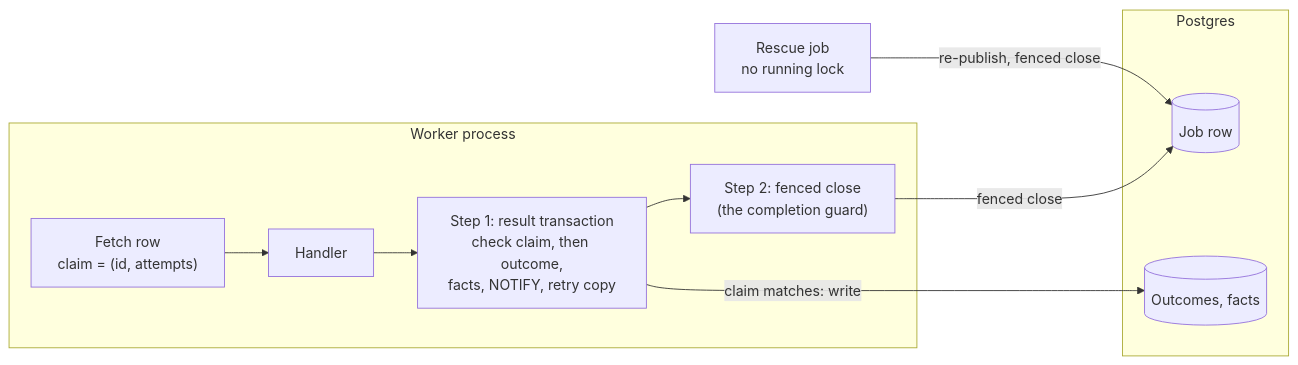
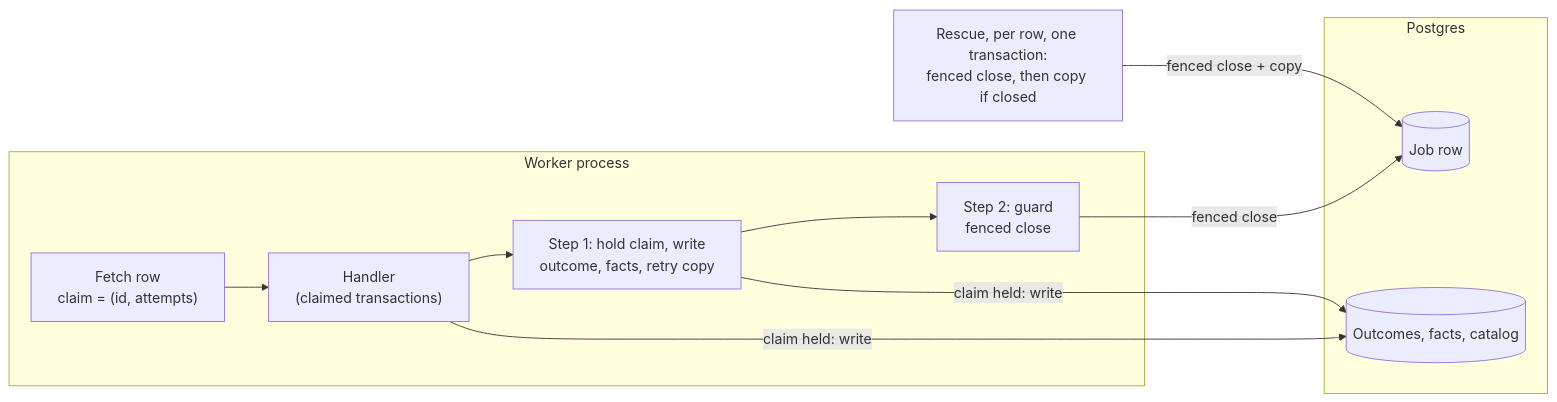
One commit to mcurcio/photo-wall changed the first of 4 diagrams in docs/central-delivery-fencing.md. Above: the diagram before and after it, drawn with Mermaid. The commit also changed other lines of this file, not shown here.

````diff
--- a/docs/central-delivery-fencing.md
+++ b/docs/central-delivery-fencing.md
@@ -33,16 +33,17 @@
 ```mermaid
 graph LR
   subgraph W["Worker process"]
-    fetch["Fetch row<br/>claim = (id, attempts)"] --> handler["Handler"]
-    handler --> s1["Step 1: result transaction<br/>check claim, then outcome,<br/>facts, NOTIFY, retry copy"]
-    s1 --> s2["Step 2: fenced close<br/>(the completion guard)"]
+    fetch["Fetch row<br/>claim = (id, attempts)"] --> handler["Handler<br/>(claimed transactions)"]
+    handler --> s1["Step 1: hold claim, write<br/>outcome, facts, retry copy"]
+    s1 --> s2["Step 2: guard<br/>fenced close"]
   end
   subgraph PG["Postgres"]
     row[("Job row")]
-    rec[("Outcomes, facts")]
+    rec[("Outcomes, facts, catalog")]
   end
-  rescue["Rescue job<br/>no running lock"]
-  s1 -- "claim matches: write" --> rec
+  rescue["Rescue, per row, one transaction:<br/>fenced close, then copy if closed"]
+  handler -- "claim held: write" --> rec
+  s1 -- "claim held: write" --> rec
   s2 -- "fenced close" --> row
-  rescue -- "re-publish, fenced close" --> row
+  rescue -- "fenced close + copy" --> row
 ```
````
